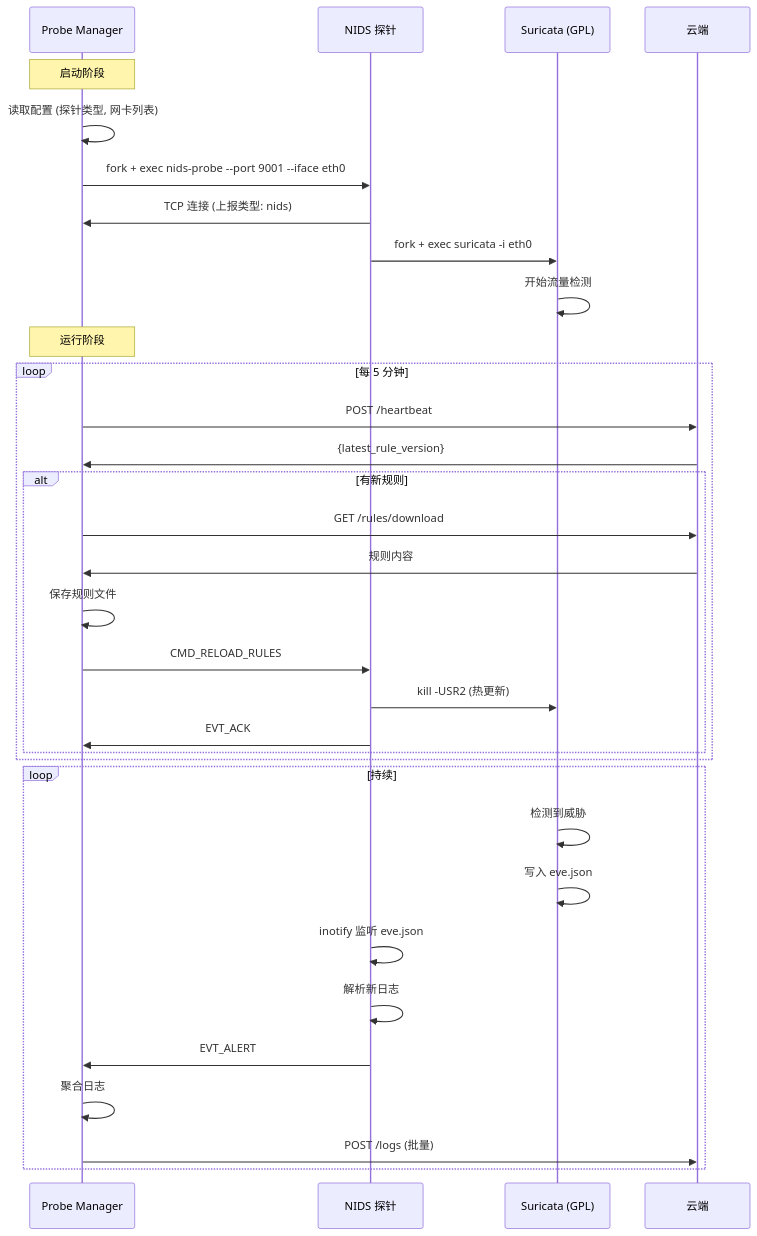
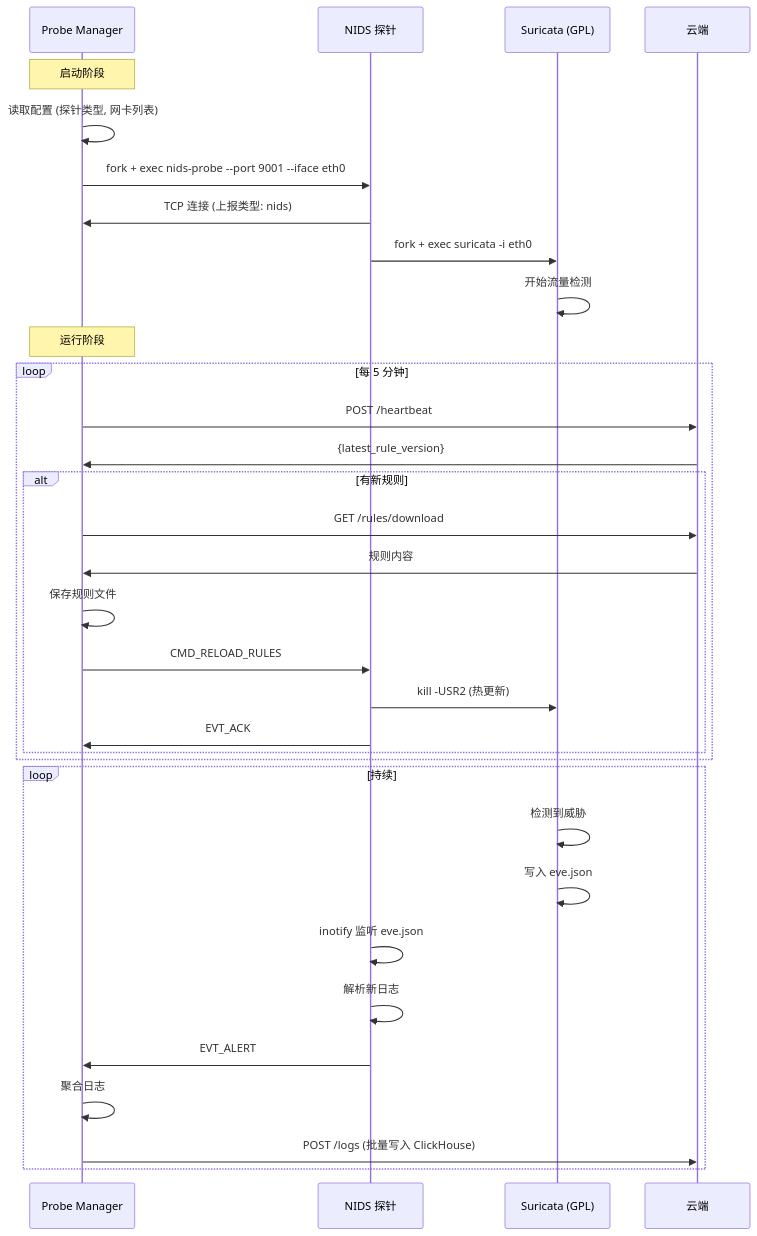
One commit to chenlehua/ai-idps changed diagram 14 of 19 in specs/0001-spec.md. Above: the diagram before and after it, drawn with Mermaid. The commit also changed other lines of this file, not shown here.

Commit message:
feat: optimize architecture

````diff
--- a/specs/0001-spec.md
+++ b/specs/0001-spec.md
@@ -599,38 +1029,38 @@
 ```mermaid
 sequenceDiagram
     participant PM as Probe Manager
     participant NP as NIDS 探针
     participant SR as Suricata (GPL)
     participant Cloud as 云端
 
     Note over PM: 启动阶段
     PM->>PM: 读取配置 (探针类型, 网卡列表)
     PM->>NP: fork + exec nids-probe --port 9001 --iface eth0
     NP->>PM: TCP 连接 (上报类型: nids)
     NP->>SR: fork + exec suricata -i eth0
     SR->>SR: 开始流量检测
 
     Note over PM: 运行阶段
     loop 每 5 分钟
         PM->>Cloud: POST /heartbeat
         Cloud->>PM: {latest_rule_version}
         alt 有新规则
             PM->>Cloud: GET /rules/download
             Cloud->>PM: 规则内容
             PM->>PM: 保存规则文件
             PM->>NP: CMD_RELOAD_RULES
             NP->>SR: kill -USR2 (热更新)
             NP->>PM: EVT_ACK
         end
     end
 
     loop 持续
         SR->>SR: 检测到威胁
         SR->>SR: 写入 eve.json
         NP->>NP: inotify 监听 eve.json
         NP->>NP: 解析新日志
         NP->>PM: EVT_ALERT
         PM->>PM: 聚合日志
-        PM->>Cloud: POST /logs (批量)
+        PM->>Cloud: POST /logs (批量写入 ClickHouse)
     end
 ```
````
